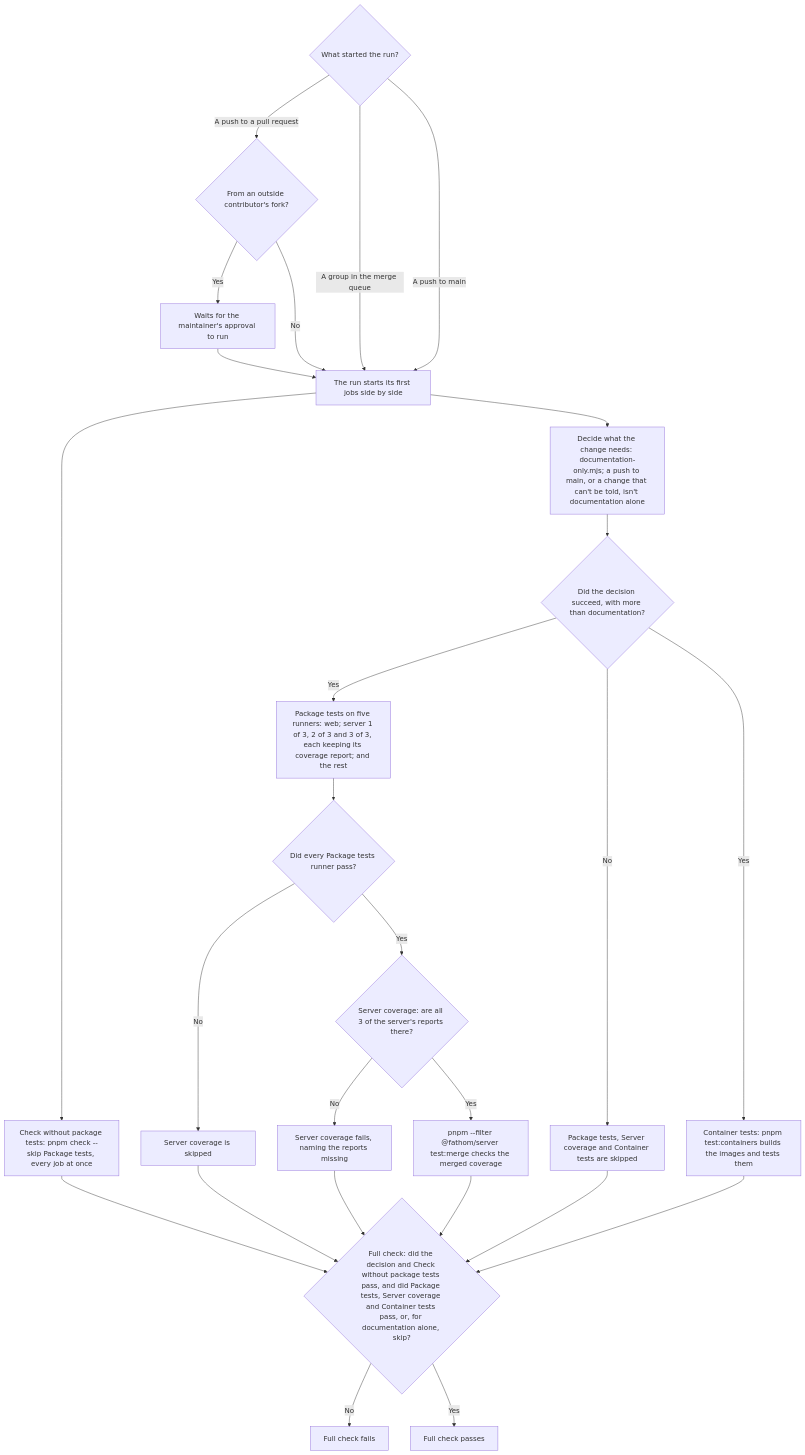
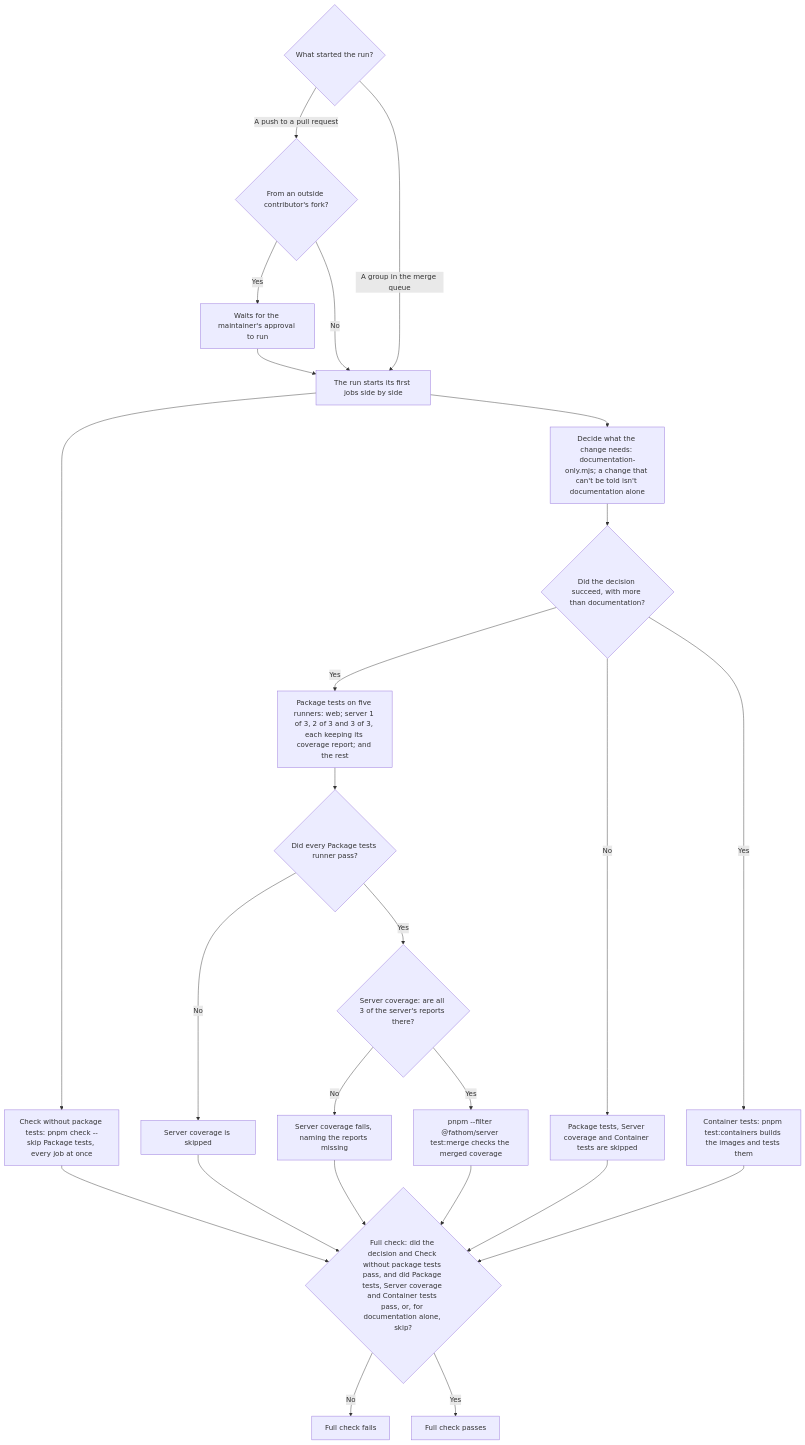
Before and after one commit to ribbitworks/fathom: diagram 11 of 11 in docs/design/checks-and-ci.md, drawn with Mermaid. The commit also changed other lines of this file and 6 other files, not shown here.

First line of the commit message:
chore: stop the check's run on pushes to main

````diff
--- a/docs/design/checks-and-ci.md
+++ b/docs/design/checks-and-ci.md
@@ -381,28 +373,27 @@
 ```mermaid
 flowchart TD
     Event{"What started the run?"} -- "A push to a pull request" --> Fork{"From an outside contributor's fork?"}
     Fork -- Yes --> Approval["Waits for the maintainer's approval to run"]
     Fork -- No --> Starts
     Approval --> Starts
-    Event -- "A group in the merge queue" --> Starts
-    Event -- "A push to main" --> Starts["The run starts its first jobs side by side"]
+    Event -- "A group in the merge queue" --> Starts["The run starts its first jobs side by side"]
     Starts --> Check["Check without package tests: pnpm check --skip Package tests, every job at once"]
-    Starts --> Decide["Decide what the change needs: documentation-only.mjs; a push to main, or a change that can't be told, isn't documentation alone"]
+    Starts --> Decide["Decide what the change needs: documentation-only.mjs; a change that can't be told isn't documentation alone"]
     Decide --> DocsOnly{"Did the decision succeed, with more than documentation?"}
     DocsOnly -- Yes --> Packages["Package tests on five runners: web; server 1 of 3, 2 of 3 and 3 of 3, each keeping its coverage report; and the rest"]
     Packages --> PartsPassed{"Did every Package tests runner pass?"}
     PartsPassed -- No --> CoverageSkipped["Server coverage is skipped"]
     PartsPassed -- Yes --> Coverage{"Server coverage: are all 3 of the server's reports there?"}
     Coverage -- No --> MissingReports["Server coverage fails, naming the reports missing"]
     Coverage -- Yes --> MergeCoverage["pnpm --filter @fathom/server test:merge checks the merged coverage"]
     DocsOnly -- No --> Skipped["Package tests, Server coverage and Container tests are skipped"]
     CoverageSkipped --> Full
     DocsOnly -- Yes --> TestContainers["Container tests: pnpm test:containers builds the images and tests them"]
     TestContainers --> Full
     Check --> Full{"Full check: did the decision and Check without package tests pass, and did Package tests, Server coverage and Container tests pass, or, for documentation alone, skip?"}
     MergeCoverage --> Full
     MissingReports --> Full
     Skipped --> Full
     Full -- No --> FullFailed["Full check fails"]
     Full -- Yes --> FullPassed["Full check passes"]
 ```
````
